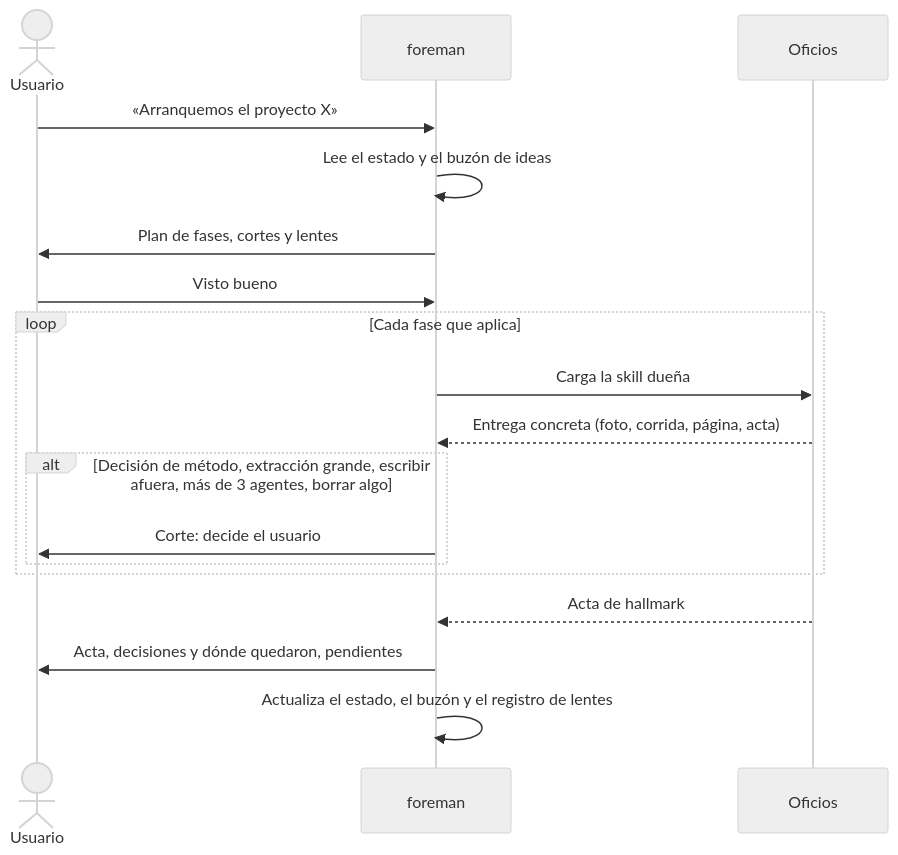
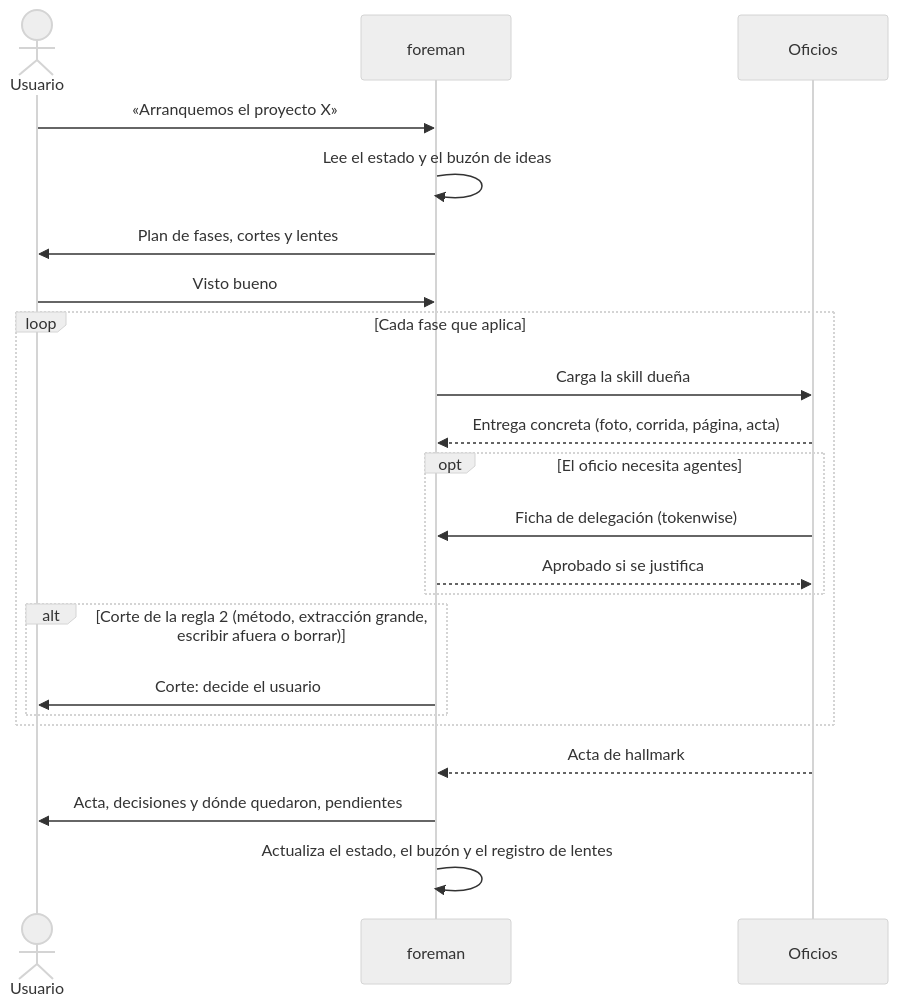
The second of 2 diagrams in README.md (joacom369/guild), drawn with Mermaid (neutral theme) before and after one commit. The commit also changed other lines of this file and 59 other files, not shown here.

````diff
--- a/README.md
+++ b/README.md
@@ -39,20 +39,24 @@
 ```mermaid
 sequenceDiagram
   actor U as Usuario
   participant F as foreman
   participant S as Oficios
   U->>F: «Arranquemos el proyecto X»
   F->>F: Lee el estado y el buzón de ideas
   F->>U: Plan de fases, cortes y lentes
   U->>F: Visto bueno
   loop Cada fase que aplica
     F->>S: Carga la skill dueña
     S-->>F: Entrega concreta (foto, corrida, página, acta)
-    alt Decisión de método, extracción grande, escribir afuera, más de 3 agentes, borrar algo
+    opt El oficio necesita agentes
+      S->>F: Ficha de delegación (tokenwise)
+      F-->>S: Aprobado si se justifica
+    end
+    alt Corte de la regla 2 (método, extracción grande, escribir afuera o borrar)
       F->>U: Corte: decide el usuario
     end
   end
   S-->>F: Acta de hallmark
   F->>U: Acta, decisiones y dónde quedaron, pendientes
   F->>F: Actualiza el estado, el buzón y el registro de lentes
 ```
````
